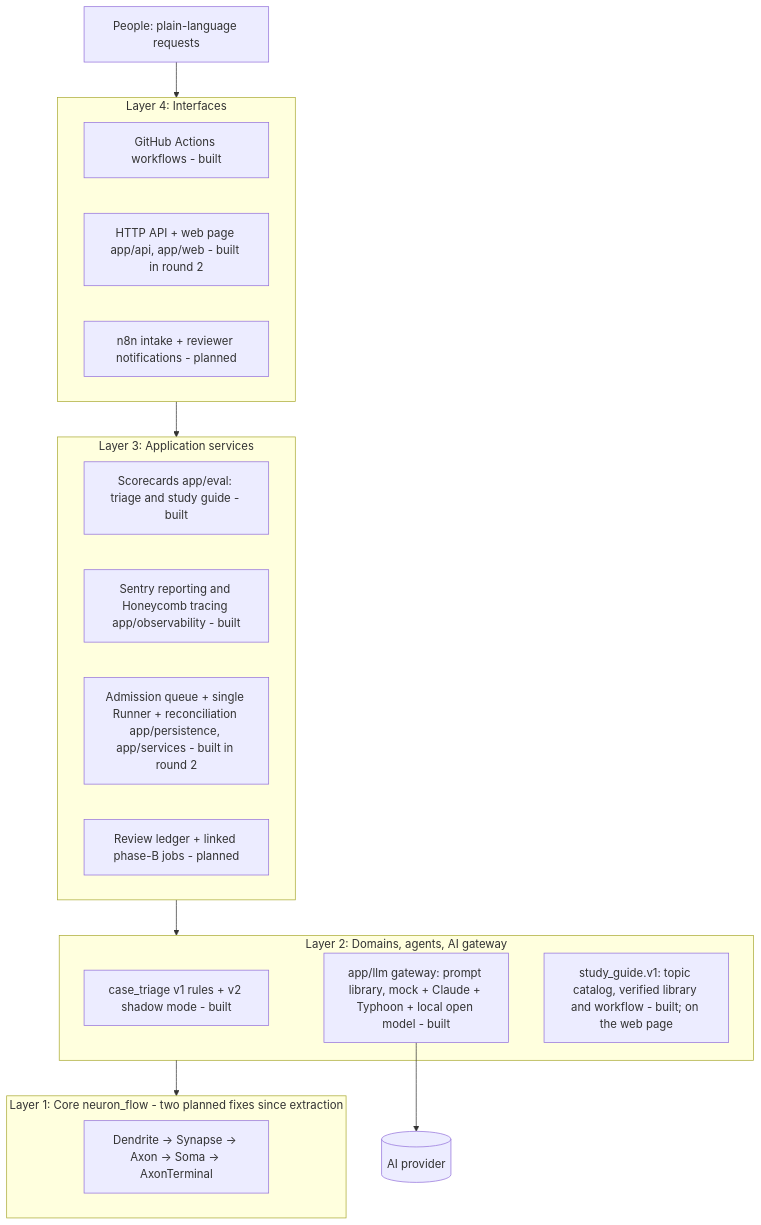
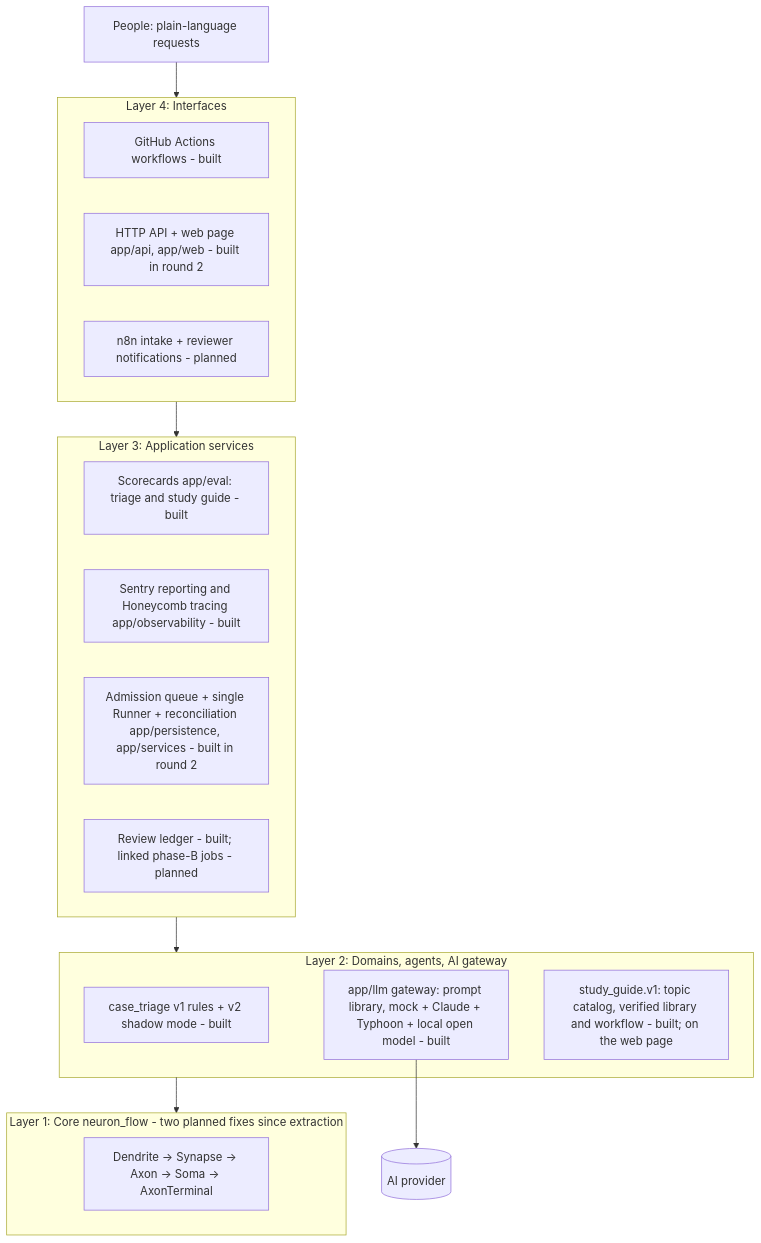
Before and after one commit to narongdetpyou-ux/System_Neuron_flow_AI: the diagram in docs/architecture.md, drawn with Mermaid. The commit also changed other lines of this file and 32 other files, not shown here.

````diff
--- a/docs/architecture.md
+++ b/docs/architecture.md
@@ -24,25 +24,25 @@
 ```mermaid
 flowchart TD
     U[People: plain-language requests] --> L4
     subgraph L4[Layer 4: Interfaces]
       GH[GitHub Actions workflows - built]
       API[HTTP API + web page app/api, app/web - built in round 2]
       N8N[n8n intake + reviewer notifications - planned]
     end
     subgraph L3[Layer 3: Application services]
       EV[Scorecards app/eval: triage and study guide - built]
       OBS[Sentry reporting and Honeycomb tracing app/observability - built]
       Q[Admission queue + single Runner + reconciliation app/persistence, app/services - built in round 2]
-      REV[Review ledger + linked phase-B jobs - planned]
+      REV[Review ledger - built; linked phase-B jobs - planned]
     end
     subgraph L2[Layer 2: Domains, agents, AI gateway]
       TRI[case_triage v1 rules + v2 shadow mode - built]
       LLM[app/llm gateway: prompt library, mock + Claude + Typhoon + local open model - built]
       SG[study_guide.v1: topic catalog, verified library and workflow - built; on the web page]
     end
     subgraph L1[Layer 1: Core neuron_flow - two planned fixes since extraction]
       CORE[Dendrite -> Synapse -> Axon -> Soma -> AxonTerminal]
     end
     L4 --> L3 --> L2 --> L1
     LLM --> P[(AI provider)]
 ```
````
